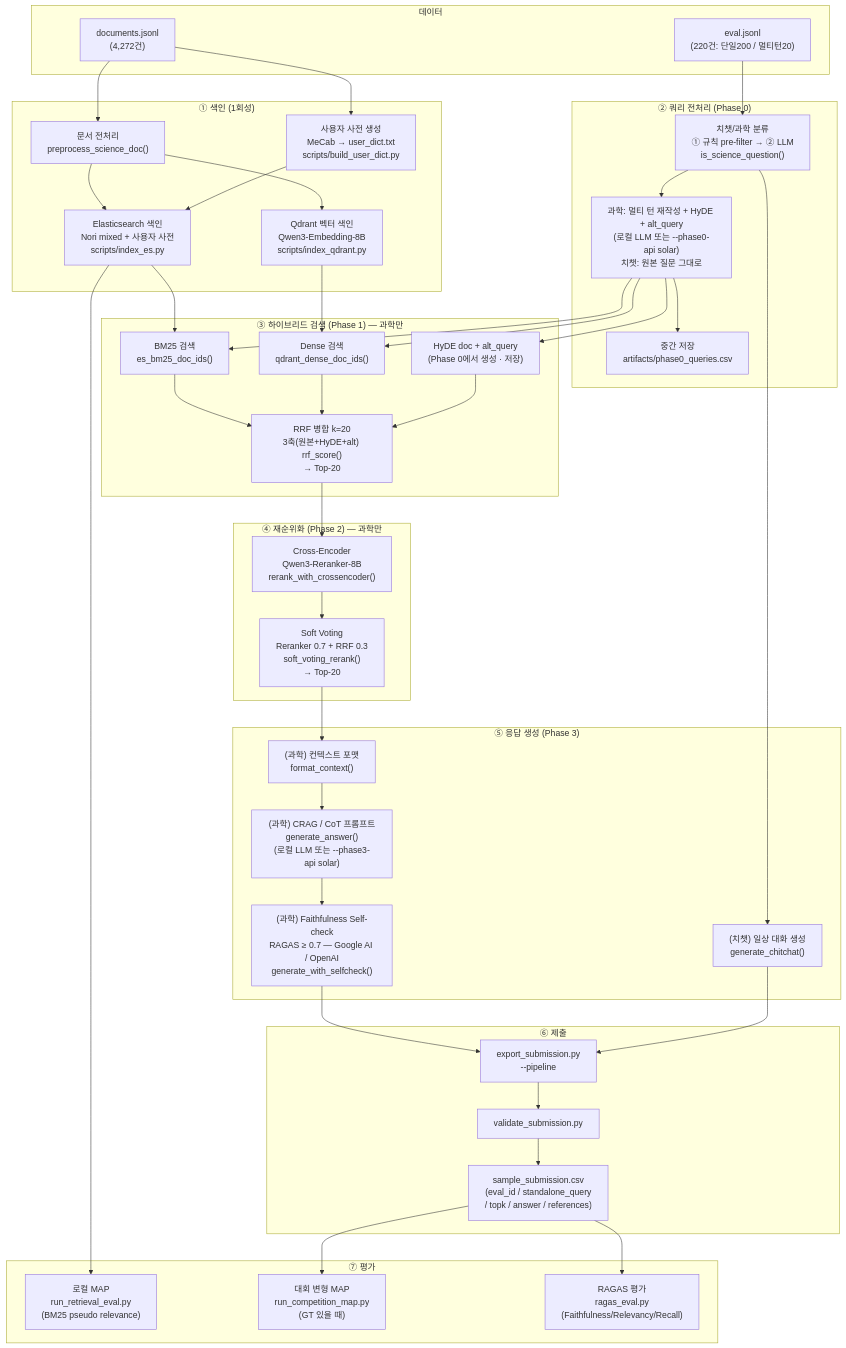
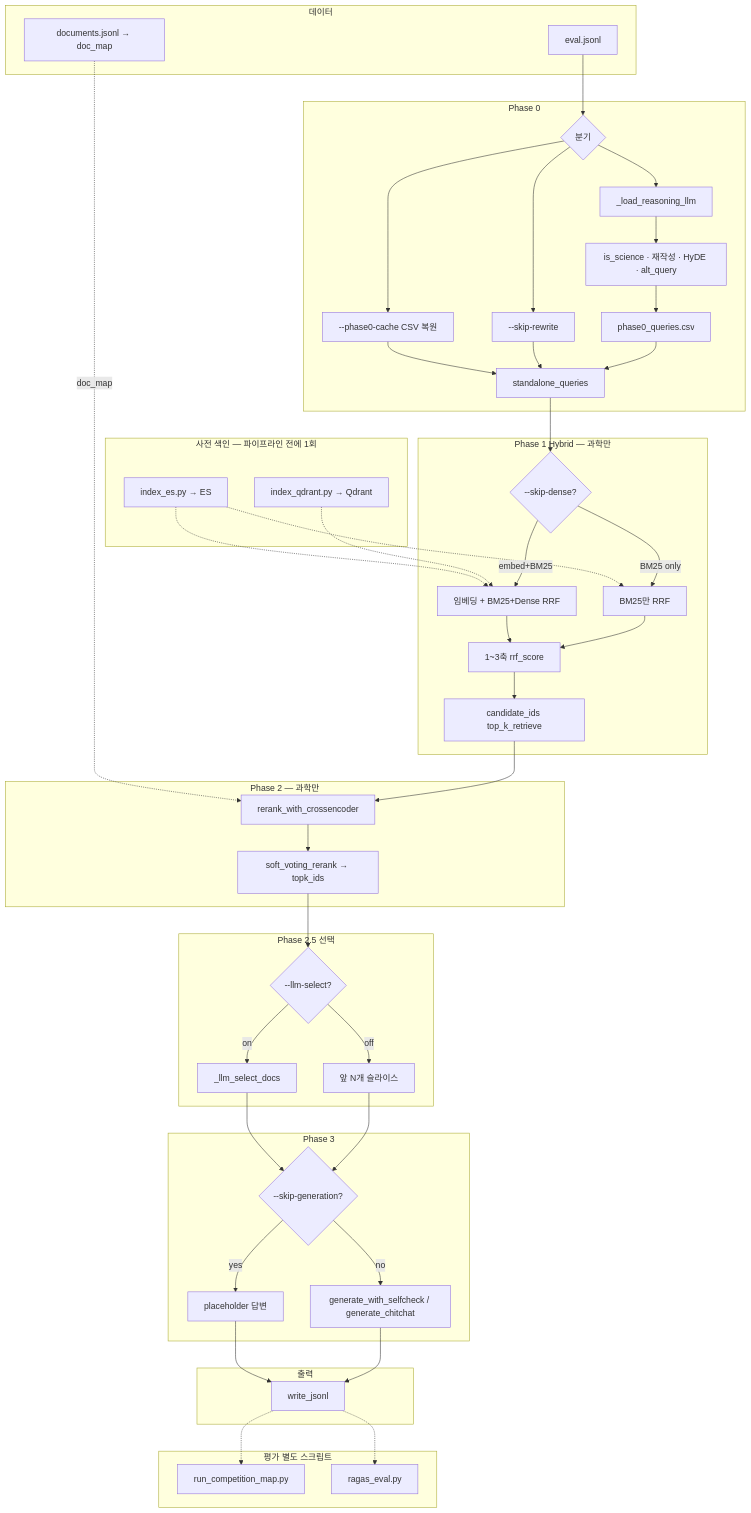
Before and after one commit to WanYoung-Oh/IR_PJT: the first of 2 diagrams in docs/OPERATION.md, drawn with Mermaid. The commit also changed other lines of this file and 2 other files, not shown here.

````diff
--- a/docs/OPERATION.md
+++ b/docs/OPERATION.md
@@ -9,65 +11,76 @@
 ```mermaid
 flowchart TD
     subgraph data ["데이터"]
-      D1["documents.jsonl<br>(4,272건)"]
-        D2["eval.jsonl<br>(220건: 단일200 / 멀티턴20)"]
+        D1["documents.jsonl → doc_map"]
+        D2["eval.jsonl"]
     end
 
-    subgraph index ["① 색인 (1회성)"]
-        PRE["문서 전처리<br>preprocess_science_doc()"]
-        IDX_ES["Elasticsearch 색인<br>Nori mixed + 사용자 사전<br>scripts/index_es.py"]
-        IDX_QD["Qdrant 벡터 색인<br>Qwen3-Embedding-8B<br>scripts/index_qdrant.py"]
-        DICT["사용자 사전 생성<br>MeCab → user_dict.txt<br>scripts/build_user_dict.py"]
+    subgraph idx_pre ["사전 색인 — 파이프라인 전에 1회"]
+        IDX_ES["index_es.py → ES"]
+        IDX_QD["index_qdrant.py → Qdrant"]
     end
 
-    subgraph query ["② 쿼리 전처리 (Phase 0)"]
-        CLASS["치챗/과학 분류<br>① 규칙 pre-filter → ② LLM<br>is_science_question()"]
-        QP["과학: 멀티 턴 재작성 + HyDE + alt_query<br>(로컬 LLM 또는 --phase0-api solar)<br>치챗: 원본 질문 그대로"]
-        P0SAVE["중간 저장<br>artifacts/phase0_queries.csv"]
+    subgraph p0 ["Phase 0"]
+        P0_fork{"분기"}
+        P0_cache["--phase0-cache CSV 복원"]
+        P0_skip["--skip-rewrite"]
+        P0_llm["_load_reasoning_llm"]
+        P0_work["is_science · 재작성 · HyDE · alt_query"]
+        P0_csv["phase0_queries.csv"]
+        P0_out["standalone_queries"]
     end
 
-    subgraph retrieval ["③ 하이브리드 검색 (Phase 1) — 과학만"]
-        BM25["BM25 검색<br>es_bm25_doc_ids()"]
-        DENSE["Dense 검색<br>qdrant_dense_doc_ids()"]
-        HYDE["HyDE doc + alt_query<br>(Phase 0에서 생성 · 저장)"]
-        RRF["RRF 병합 k=20<br>3축(원본+HyDE+alt) rrf_score()<br>→ Top-20"]
+    subgraph p1 ["Phase 1 Hybrid — 과학만"]
+        P1_emb{"--skip-dense?"}
+        P1_ed["임베딩 + BM25+Dense RRF"]
+        P1_bm["BM25만 RRF"]
+        P1_ax["1~3축 rrf_score"]
+        P1_top["candidate_ids top_k_retrieve"]
     end
 
-    subgraph rerank ["④ 재순위화 (Phase 2) — 과학만"]
-        RERANKER["Cross-Encoder<br>Qwen3-Reranker-8B<br>rerank_with_crossencoder()"]
-        VOTE["Soft Voting<br>Reranker 0.7 + RRF 0.3<br>soft_voting_rerank()<br>→ Top-20"]
+    subgraph p2 ["Phase 2 — 과학만"]
+        P2_r["rerank_with_crossencoder"]
+        P2_v["soft_voting_rerank → topk_ids"]
     end
 
-    subgraph gen ["⑤ 응답 생성 (Phase 3)"]
-        CTX["(과학) 컨텍스트 포맷<br>format_context()"]
-        LLM["(과학) CRAG / CoT 프롬프트<br>generate_answer()<br>(로컬 LLM 또는 --phase3-api solar)"]
-        CHECK["(과학) Faithfulness Self-check<br>RAGAS ≥ 0.7 — Google AI / OpenAI<br>generate_with_selfcheck()"]
-        CHAT["(치챗) 일상 대화 생성<br>generate_chitchat()"]
+    subgraph p25 ["Phase 2.5 선택"]
+        P25{"--llm-select?"}
+        P25_on["_llm_select_docs"]
+        P25_off["앞 N개 슬라이스"]
     end
 
-    subgraph output ["⑥ 제출"]
-        SUB["export_submission.py<br>--pipeline"]
-        VAL["validate_submission.py"]
-        CSV["sample_submission.csv<br>(eval_id / standalone_query<br>/ topk / answer / references)"]
+    subgraph p3 ["Phase 3"]
+        P3_fork{"--skip-generation?"}
+        P3_skip["placeholder 답변"]
+        P3_ans["generate_with_selfcheck / generate_chitchat"]
     end
 
-    subgraph eval ["⑦ 평가"]
-        MAP_LOCAL["로컬 MAP<br>run_retrieval_eval.py<br>(BM25 pseudo relevance)"]
-        MAP_COMP["대회 변형 MAP<br>run_competition_map.py<br>(GT 있을 때)"]
-        RAGAS_E["RAGAS 평가<br>ragas_eval.py<br>(Faithfulness/Relevancy/Recall)"]
+    subgraph out ["출력"]
+        WJ["write_jsonl"]
     end
 
-    D1 --> PRE --> IDX_ES & IDX_QD
-    D1 --> DICT --> IDX_ES
-    D2 --> CLASS --> QP --> P0SAVE
-    QP --> BM25 & DENSE & HYDE
-    IDX_ES --> BM25
-    IDX_QD --> DENSE
-    BM25 & DENSE & HYDE --> RRF
-    RRF --> RERANKER --> VOTE
-    VOTE --> CTX --> LLM --> CHECK
-    CLASS --> CHAT
-    CHECK & CHAT --> SUB --> VAL --> CSV
-    CSV --> MAP_COMP & RAGAS_E
-    IDX_ES --> MAP_LOCAL
+    subgraph eval_ext ["평가 별도 스크립트"]
+        E2["run_competition_map.py"]
+        E3["ragas_eval.py"]
+    end
+
+    D2 --> P0_fork
+    D1 -.->|doc_map| P2_r
+    IDX_ES -.-> P1_ed
+    IDX_ES -.-> P1_bm
+    IDX_QD -.-> P1_ed
+    P0_fork --> P0_cache --> P0_out
+    P0_fork --> P0_skip --> P0_out
+    P0_fork --> P0_llm --> P0_work --> P0_csv --> P0_out
+    P0_out --> P1_emb
+    P1_emb -->|embed+BM25| P1_ed --> P1_ax
+    P1_emb -->|BM25 only| P1_bm --> P1_ax
+    P1_top --> P2_r --> P2_v --> P25
+    P1_ax --> P1_top
+    P25 -->|on| P25_on --> P3_fork
+    P25 -->|off| P25_off --> P3_fork
+    P3_fork -->|yes| P3_skip --> WJ
+    P3_fork -->|no| P3_ans --> WJ
+    WJ -.-> E2
+    WJ -.-> E3
 ```
````
